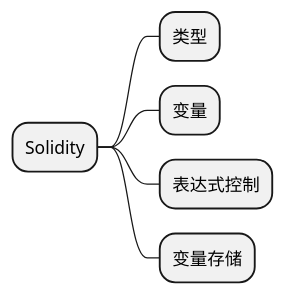
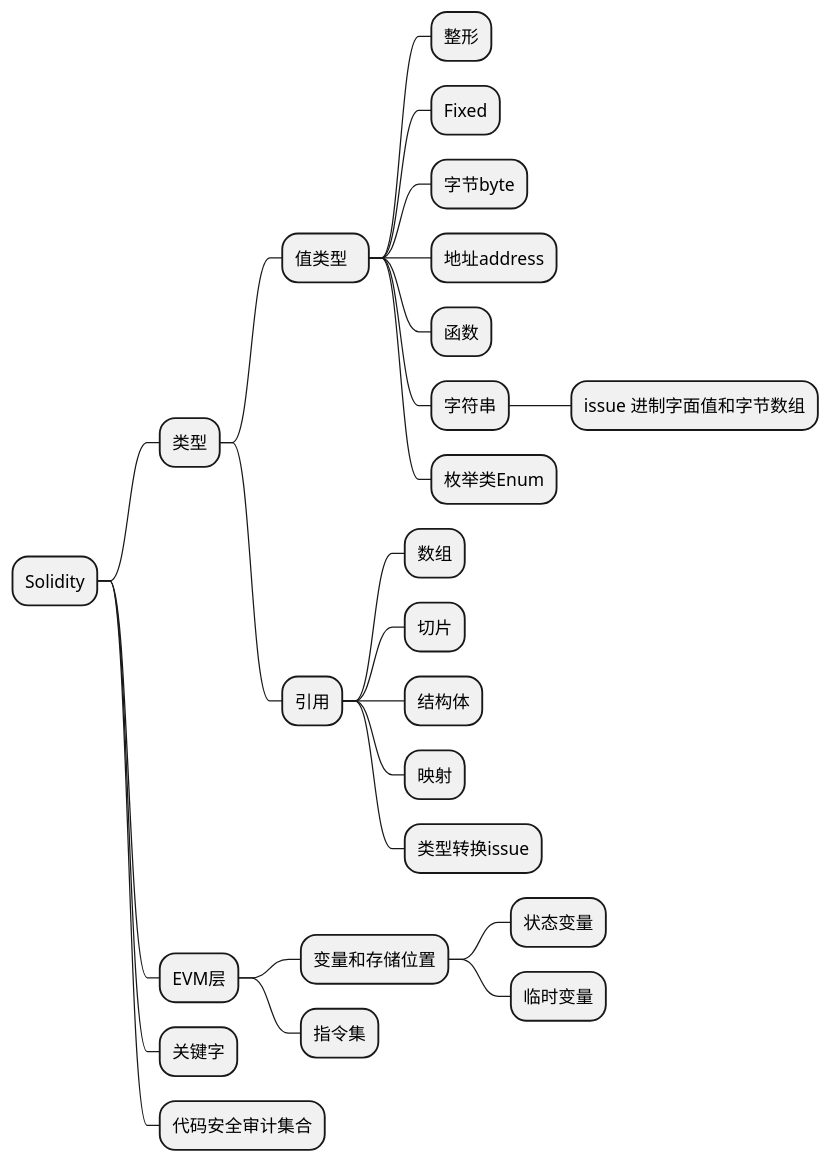
The diagram in solidity/0-overview.md (Tomatoooogerambo/notes-repo), drawn with PlantUML before and after one commit. The commit also changed 1 other file, not shown here.

Commit message:
add mind notes on solidity

````diff
--- a/solidity/0-overview.md
+++ b/solidity/0-overview.md
@@ -1,9 +1,31 @@
 ```plantuml
 @startmindmap
 + Solidity
 ++ 类型
-++ 变量
-++ 表达式控制
-++ 变量存储
++++ 值类型  
+++++ 整形
+++++ Fixed
+++++ 字节byte
+++++ 地址address
+++++ 函数
+++++ 字符串
++++++ issue 进制字面值和字节数组
+++++ 枚举类Enum
++++ 引用
+++++ 数组
+++++ 切片
+++++ 结构体
+++++ 映射
+++++ 类型转换issue
+
+++ EVM层
++++ 变量和存储位置
+++++ 状态变量
+++++ 临时变量
++++ 指令集
+
+++ 关键字
+
+++ 代码安全审计集合
 @endmindmap
 ```
````
